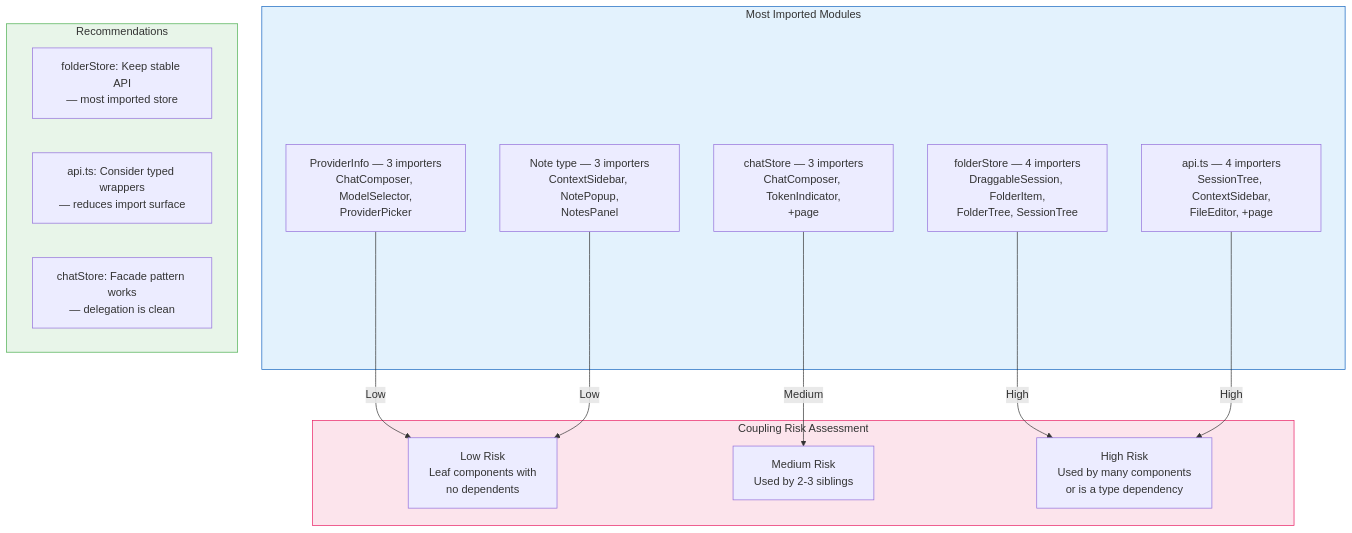
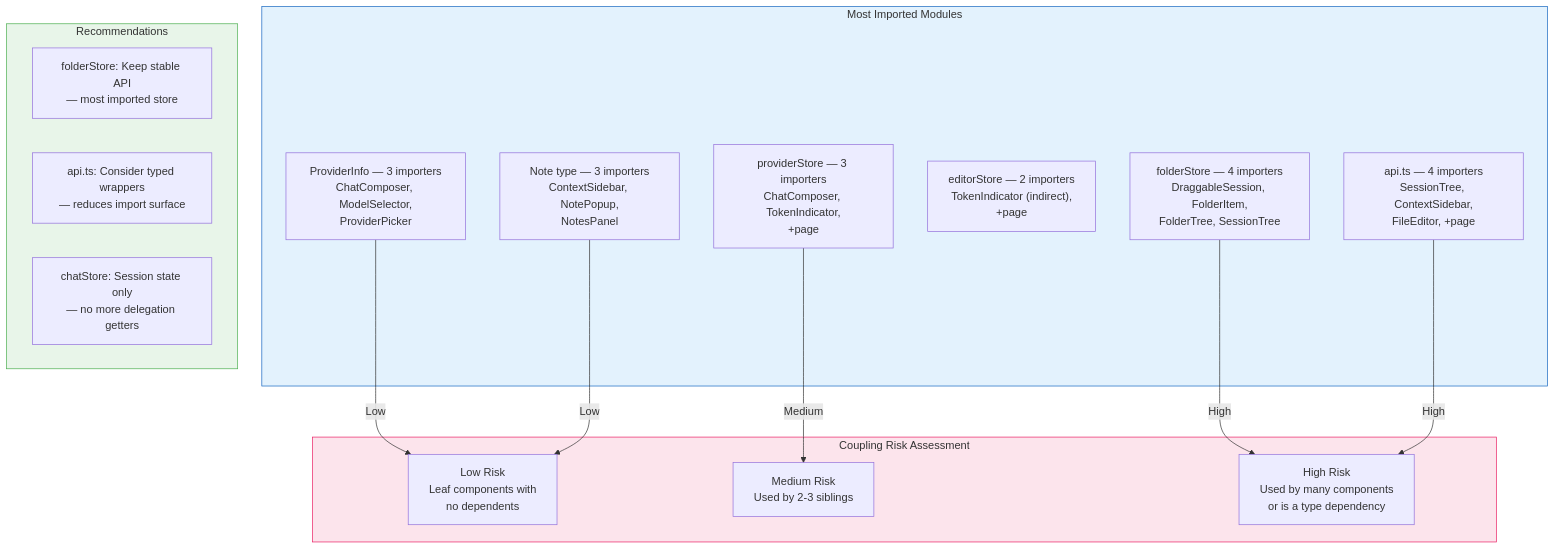
One commit to m1981/kuchnie changed the ninth of 12 diagrams in kitchen-agent/docs/specs/frontend-diagrams.md. Above: the diagram before and after it, drawn with Mermaid. The commit also changed other lines of this file and 1 other file, not shown here.

First line of the commit message:
docs: mark Phase 2 complete in refactor plan and diagrams

````diff
--- a/kitchen-agent/docs/specs/frontend-diagrams.md
+++ b/kitchen-agent/docs/specs/frontend-diagrams.md
@@ -504,32 +507,33 @@
 ```mermaid
 graph TB
     subgraph Hotspots["Most Imported Modules"]
         FS["folderStore — 4 importers<br/>DraggableSession, FolderItem,<br/>FolderTree, SessionTree"]
         API["api.ts — 4 importers<br/>SessionTree, ContextSidebar,<br/>FileEditor, +page"]
-        CS["chatStore — 3 importers<br/>ChatComposer, TokenIndicator,<br/>+page"]
+        PS["providerStore — 3 importers<br/>ChatComposer, TokenIndicator,<br/>+page"]
+        ES["editorStore — 2 importers<br/>TokenIndicator (indirect),<br/>+page"]
         PI["ProviderInfo — 3 importers<br/>ChatComposer, ModelSelector,<br/>ProviderPicker"]
         NOTE["Note type — 3 importers<br/>ContextSidebar, NotePopup,<br/>NotesPanel"]
     end
 
     subgraph Risk["Coupling Risk Assessment"]
         LowRisk["Low Risk<br/>Leaf components with<br/>no dependents"]
         MedRisk["Medium Risk<br/>Used by 2-3 siblings"]
         HighRisk["High Risk<br/>Used by many components<br/>or is a type dependency"]
     end
 
     FS -->|"High"| HighRisk
     API -->|"High"| HighRisk
-    CS -->|"Medium"| MedRisk
+    PS -->|"Medium"| MedRisk
     PI -->|"Low"| LowRisk
     NOTE -->|"Low"| LowRisk
 
     subgraph Recommendations["Recommendations"]
         R1["folderStore: Keep stable API<br/>— most imported store"]
         R2["api.ts: Consider typed wrappers<br/>— reduces import surface"]
-        R3["chatStore: Facade pattern works<br/>— delegation is clean"]
+        R3["chatStore: Session state only<br/>— no more delegation getters"]
     end
 
     style Hotspots fill:#e3f2fd,stroke:#1565C0
     style Risk fill:#fce4ec,stroke:#E91E63
     style Recommendations fill:#e8f5e9,stroke:#4CAF50
 ```
````
